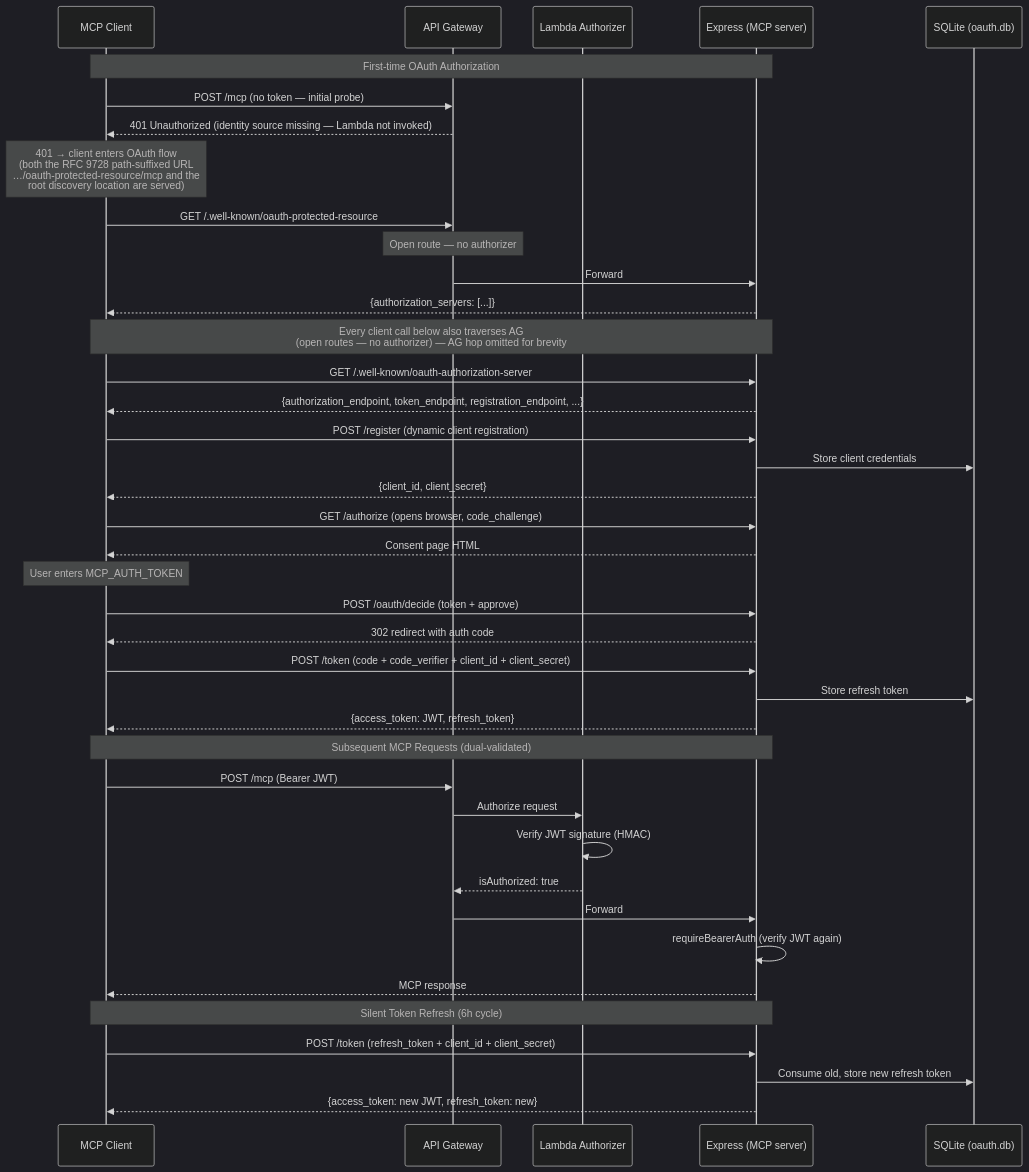
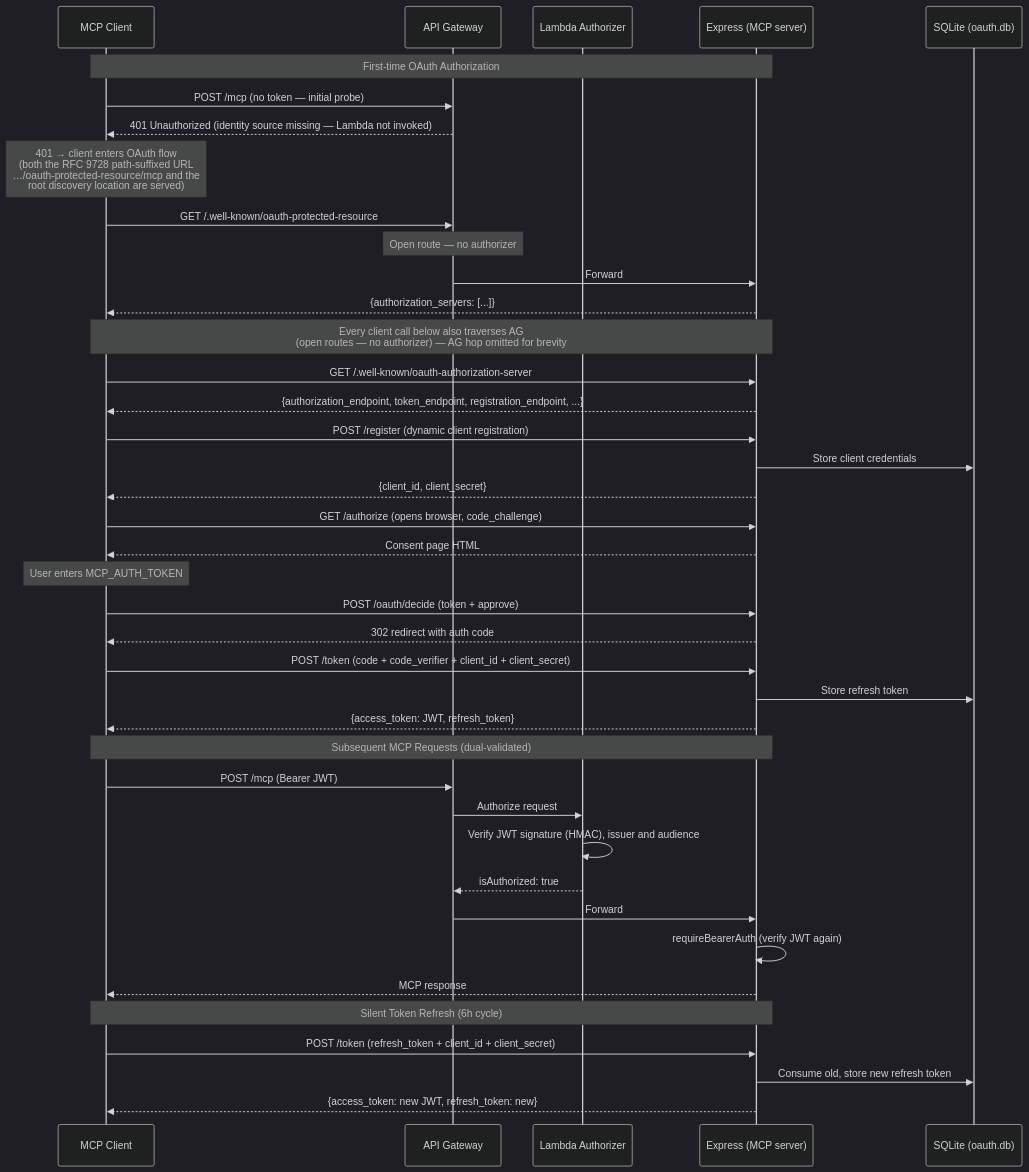
One commit to aliasunder/vault-cortex changed the fourth of 6 diagrams in ARCHITECTURE.md. Above: the diagram before and after it, drawn with Mermaid (dark theme). The commit also changed other lines of this file and 8 other files, not shown here.

````diff
--- a/ARCHITECTURE.md
+++ b/ARCHITECTURE.md
@@ -686,49 +686,49 @@
 ```mermaid
 sequenceDiagram
     participant C as MCP Client
     participant AG as API Gateway
     participant L as Lambda Authorizer
     participant E as Express (MCP server)
     participant DB as SQLite (oauth.db)
 
     Note over C,E: First-time OAuth Authorization
     C->>AG: POST /mcp (no token — initial probe)
     AG-->>C: 401 Unauthorized (identity source missing — Lambda not invoked)
     Note over C: 401 → client enters OAuth flow<br/>(both the RFC 9728 path-suffixed URL<br/>…/oauth-protected-resource/mcp and the<br/>root discovery location are served)
     C->>AG: GET /.well-known/oauth-protected-resource
     Note over AG: Open route — no authorizer
     AG->>E: Forward
     E-->>C: {authorization_servers: [...]}
 
     Note over C,E: Every client call below also traverses AG<br/>(open routes — no authorizer) — AG hop omitted for brevity
     C->>E: GET /.well-known/oauth-authorization-server
     E-->>C: {authorization_endpoint, token_endpoint, registration_endpoint, ...}
 
     C->>E: POST /register (dynamic client registration)
     E->>DB: Store client credentials
     E-->>C: {client_id, client_secret}
 
     C->>E: GET /authorize (opens browser, code_challenge)
     E-->>C: Consent page HTML
     Note over C: User enters MCP_AUTH_TOKEN
     C->>E: POST /oauth/decide (token + approve)
     E-->>C: 302 redirect with auth code
 
     C->>E: POST /token (code + code_verifier + client_id + client_secret)
     E->>DB: Store refresh token
     E-->>C: {access_token: JWT, refresh_token}
 
     Note over C,E: Subsequent MCP Requests (dual-validated)
     C->>AG: POST /mcp (Bearer JWT)
     AG->>L: Authorize request
-    L->>L: Verify JWT signature (HMAC)
+    L->>L: Verify JWT signature (HMAC), issuer and audience
     L-->>AG: isAuthorized: true
     AG->>E: Forward
     E->>E: requireBearerAuth (verify JWT again)
     E-->>C: MCP response
 
     Note over C,E: Silent Token Refresh (6h cycle)
     C->>E: POST /token (refresh_token + client_id + client_secret)
     E->>DB: Consume old, store new refresh token
     E-->>C: {access_token: new JWT, refresh_token: new}
 ```
````
